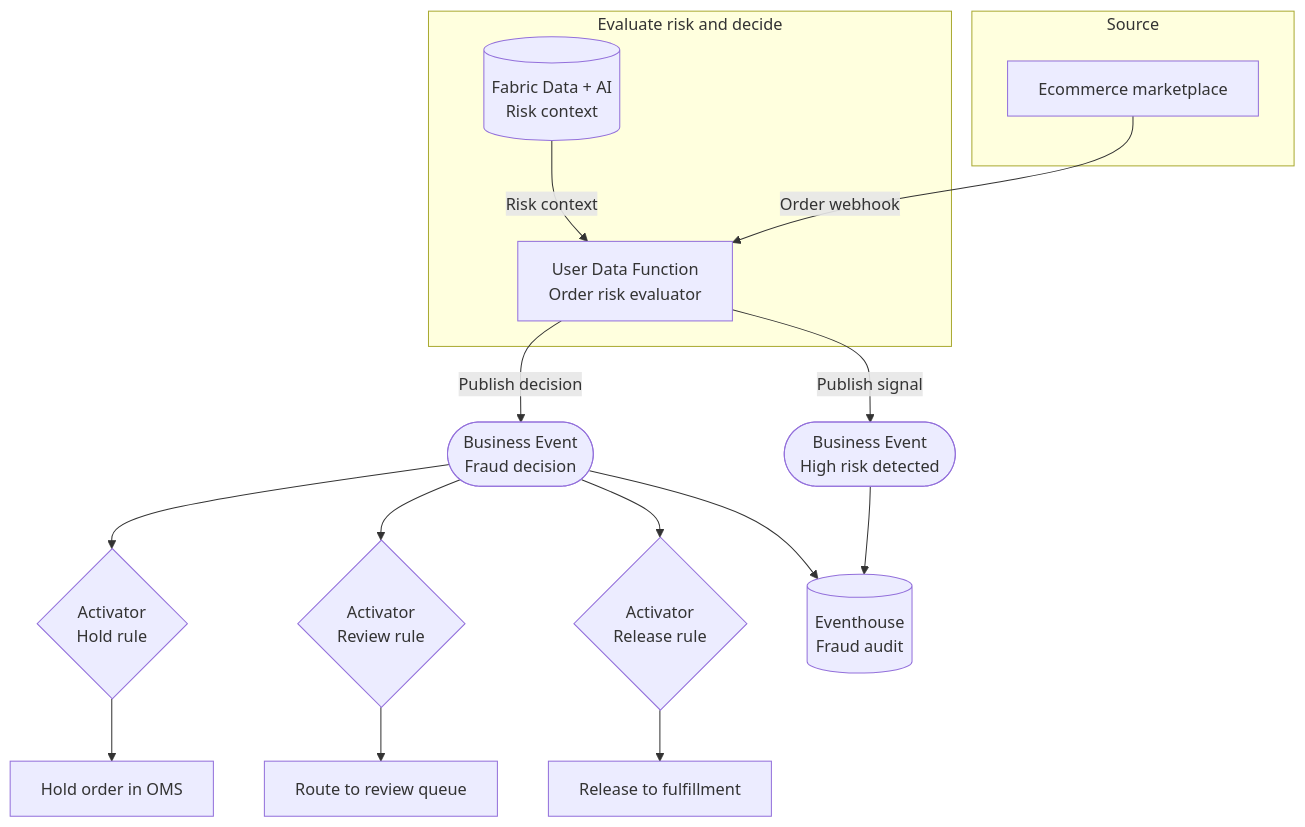
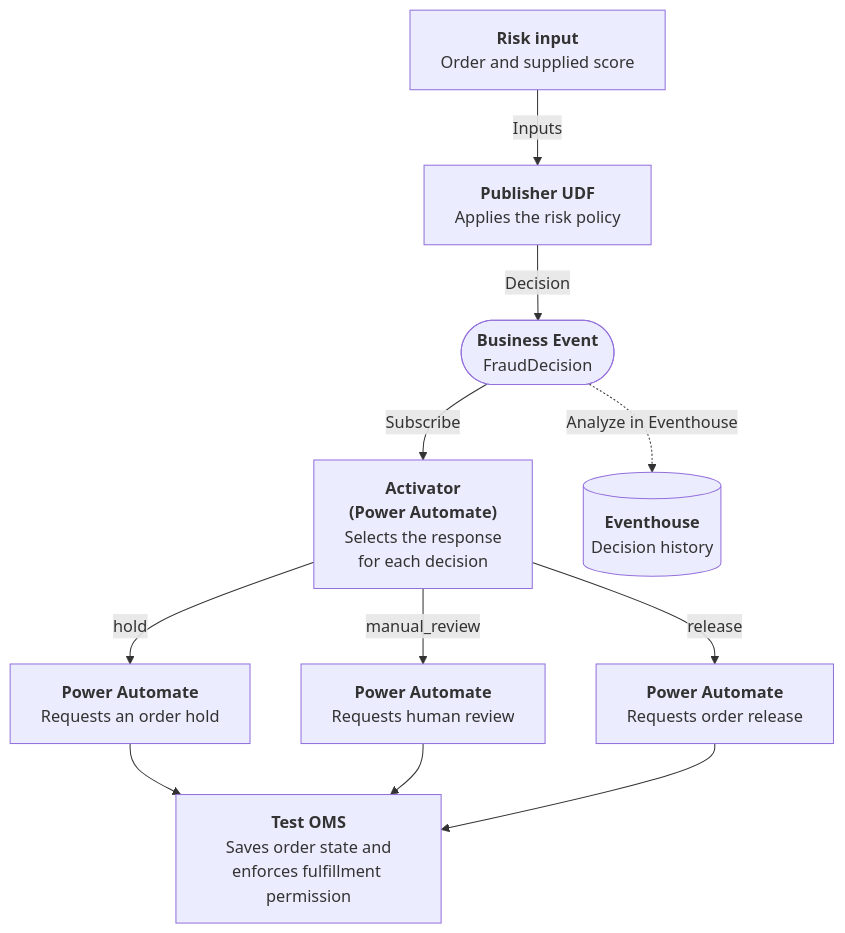
Before and after one commit to microsoft/fabric-events: the third of 3 diagrams in docs/business-events/scenarios/fraud-response-before-fulfillment.md, drawn with Mermaid. The commit also changed other lines of this file and 225 other files, not shown here.

First line of the commit message:
Publish public Business Events scenarios and refreshed documentation

````diff
--- a/docs/business-events/scenarios/fraud-response-before-fulfillment.md
+++ b/docs/business-events/scenarios/fraud-response-before-fulfillment.md
@@ -19,36 +70,23 @@
 ```mermaid
 flowchart TB
-    subgraph External["Source"]
-        MP["Ecommerce marketplace"]
-    end
+    SOURCE["<b>Risk input</b><br/>Order and supplied score"]
+    UDF["<b>Publisher UDF</b><br/>Applies the risk policy"]
+    BE(["<b>Business Event</b><br/>FraudDecision"])
+    ACT["<b>Activator<br/>(Power Automate)</b><br/>Selects the response<br/>for each decision"]
+    HOLD["<b>Power Automate</b><br/>Requests an order hold"]
+    REVIEW["<b>Power Automate</b><br/>Requests human review"]
+    RELEASE["<b>Power Automate</b><br/>Requests order release"]
+    OMS["<b>Test OMS</b><br/>Saves order state and<br/>enforces fulfillment permission"]
+    EH[("<b>Eventhouse</b><br/>Decision history")]
 
-    subgraph Evaluation["Evaluate risk and decide"]
-        FA[("Fabric Data + AI<br/>Risk context")]
-        UDF["User Data Function<br/>Order risk evaluator"]
-    end
-
-    BE1(["Business Event<br/>High risk detected"])
-    BE2(["Business Event<br/>Fraud decision"])
-
-    ACT1{"Activator<br/>Hold rule"}
-    ACT2{"Activator<br/>Review rule"}
-    ACT3{"Activator<br/>Release rule"}
-    HOLD["Hold order in OMS"]
-    REVIEW["Route to review queue"]
-    REL["Release to fulfillment"]
-
-    EH[("Eventhouse<br/>Fraud audit")]
-
-    MP -->|Order webhook| UDF
-    FA -->|Risk context| UDF
-    UDF -->|Publish signal| BE1
-    UDF -->|Publish decision| BE2
-    BE1 --> EH
-    BE2 --> ACT1
-    BE2 --> ACT2
-    BE2 --> ACT3
-    BE2 --> EH
-    ACT1 --> HOLD
-    ACT2 --> REVIEW
-    ACT3 --> REL
+    SOURCE -->|"Inputs"| UDF
+    UDF -->|"Decision"| BE
+    BE -->|"Subscribe"| ACT
+    ACT -->|"hold"| HOLD
+    ACT -->|"manual_review"| REVIEW
+    ACT -->|"release"| RELEASE
+    HOLD --> OMS
+    REVIEW --> OMS
+    RELEASE --> OMS
+    BE -.->|"Analyze in Eventhouse"| EH
 ```
````
